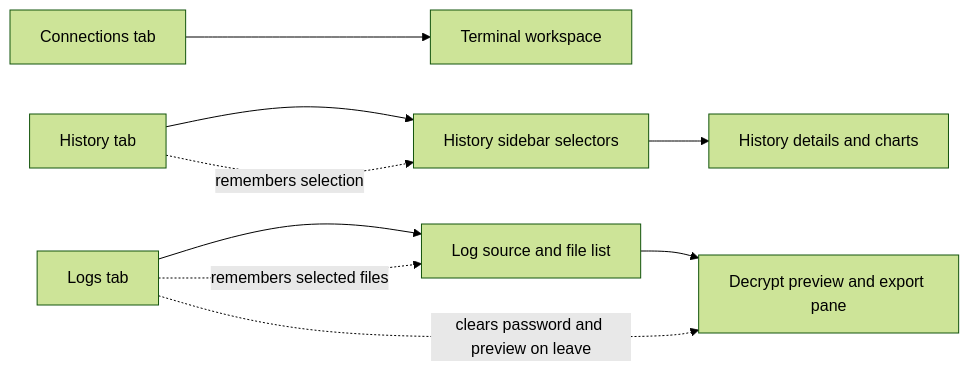
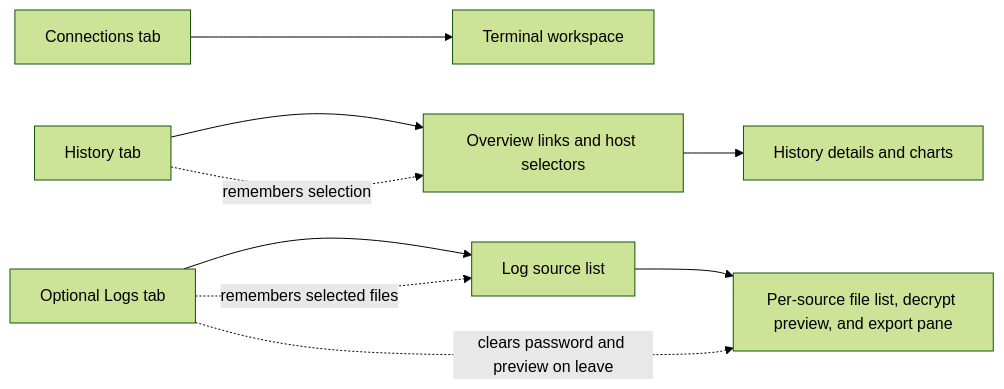
Before and after one commit to iridiumcao/iridium-remote: the diagram in doc/requirement.md, drawn with Mermaid (forest theme). The commit also changed other lines of this file and 14 other files, not shown here.

````diff
--- a/doc/requirement.md
+++ b/doc/requirement.md
@@ -156,11 +158,11 @@
 ```mermaid
 flowchart LR
     A[Connections tab] --> B[Terminal workspace]
-    C[History tab] --> D[History sidebar selectors]
+    C[History tab] --> D[Overview links and host selectors]
     D --> E[History details and charts]
-    F[Logs tab] --> G[Log source and file list]
-    G --> H[Decrypt preview and export pane]
+    F[Optional Logs tab] --> G[Log source list]
+    G --> H[Per-source file list, decrypt preview, and export pane]
     C -. remembers selection .-> D
     F -. remembers selected files .-> G
     F -. clears password and preview on leave .-> H
 ```
````
